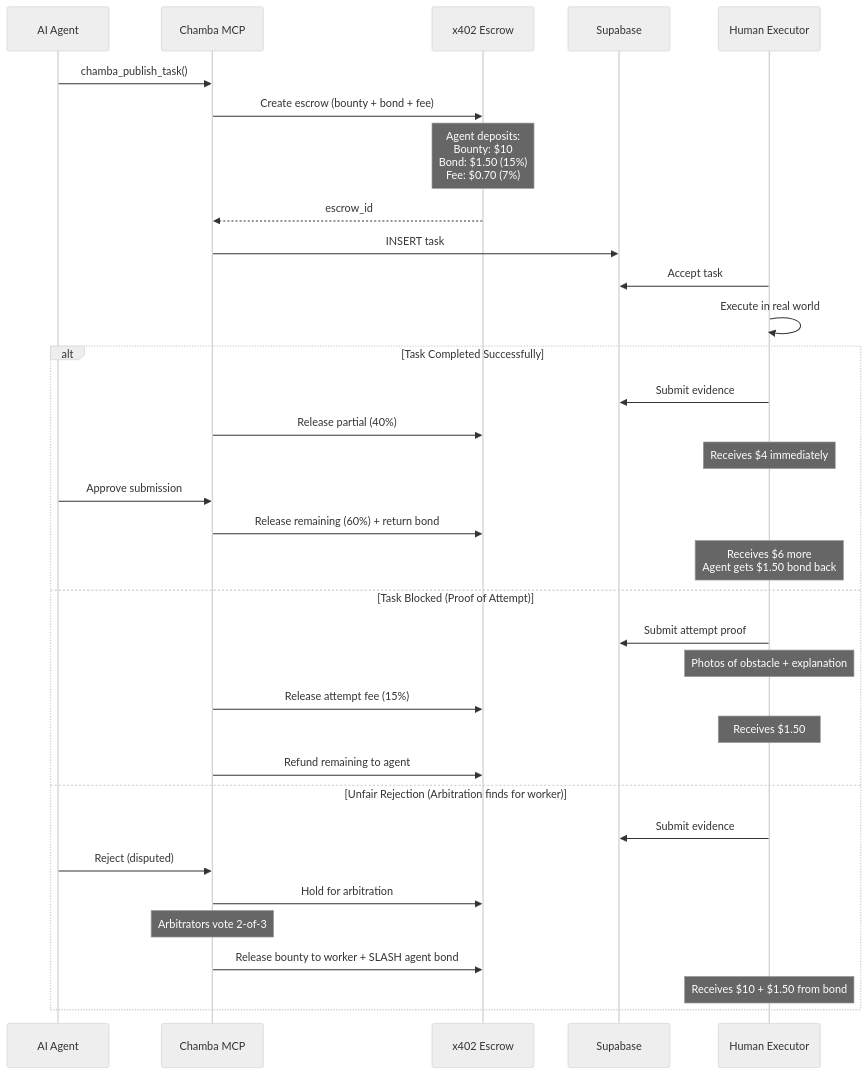
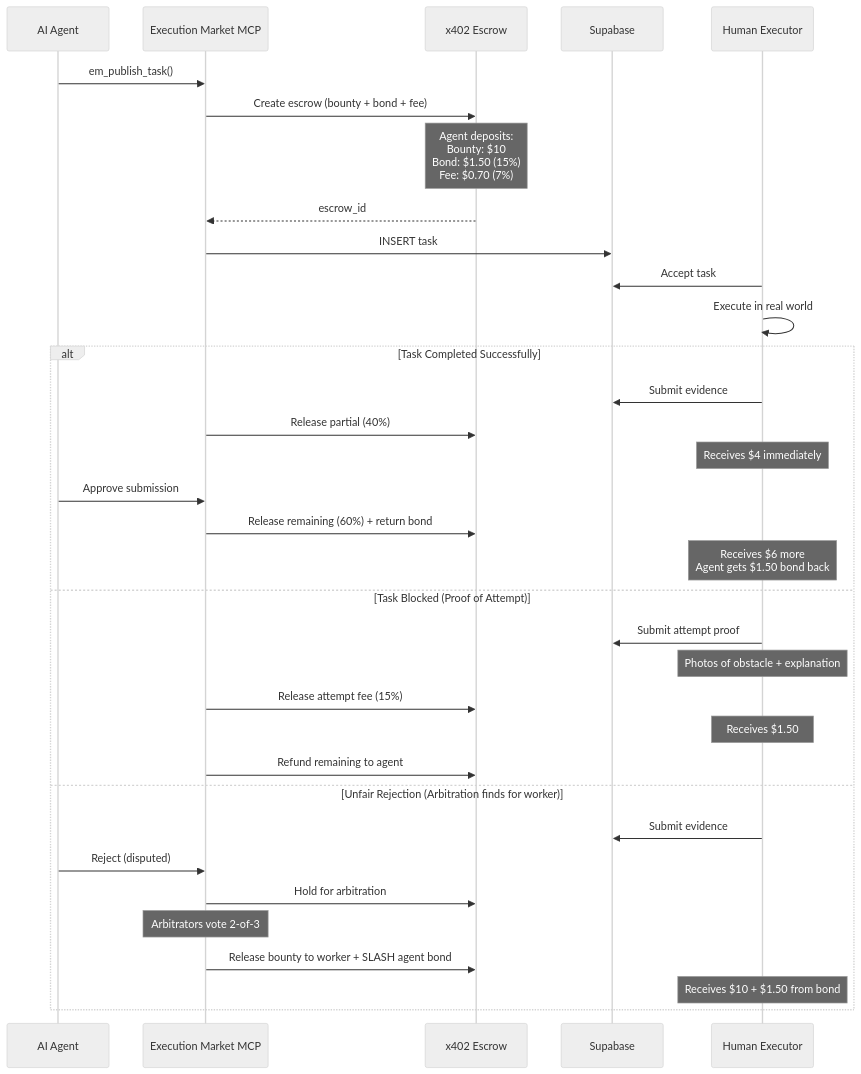
Before and after one commit to UltravioletaDAO/execution-market: the diagram in docs/ARCHITECTURE.md, drawn with Mermaid (neutral theme). The commit also changed other lines of this file and 570 other files, not shown here.

First line of the commit message:
feat(rebrand): rename Chamba to Execution Market across entire codebase

````diff
--- a/docs/ARCHITECTURE.md
+++ b/docs/ARCHITECTURE.md
@@ -459,39 +459,39 @@
 ```mermaid
 sequenceDiagram
     participant Agent as AI Agent
-    participant MCP as Chamba MCP
+    participant MCP as Execution Market MCP
     participant Escrow as x402 Escrow
     participant DB as Supabase
     participant Worker as Human Executor
 
-    Agent->>MCP: chamba_publish_task()
+    Agent->>MCP: em_publish_task()
     MCP->>Escrow: Create escrow (bounty + bond + fee)
     Note over Escrow: Agent deposits:<br/>Bounty: $10<br/>Bond: $1.50 (15%)<br/>Fee: $0.70 (7%)
     Escrow-->>MCP: escrow_id
     MCP->>DB: INSERT task
 
     Worker->>DB: Accept task
     Worker->>Worker: Execute in real world
 
     alt Task Completed Successfully
         Worker->>DB: Submit evidence
         MCP->>Escrow: Release partial (40%)
         Note over Worker: Receives $4 immediately
         Agent->>MCP: Approve submission
         MCP->>Escrow: Release remaining (60%) + return bond
         Note over Worker: Receives $6 more<br/>Agent gets $1.50 bond back
     else Task Blocked (Proof of Attempt)
         Worker->>DB: Submit attempt proof
         Note over Worker: Photos of obstacle + explanation
         MCP->>Escrow: Release attempt fee (15%)
         Note over Worker: Receives $1.50
         MCP->>Escrow: Refund remaining to agent
     else Unfair Rejection (Arbitration finds for worker)
         Worker->>DB: Submit evidence
         Agent->>MCP: Reject (disputed)
         MCP->>Escrow: Hold for arbitration
         Note over MCP: Arbitrators vote 2-of-3
         MCP->>Escrow: Release bounty to worker + SLASH agent bond
         Note over Worker: Receives $10 + $1.50 from bond
     end
 ```
````
